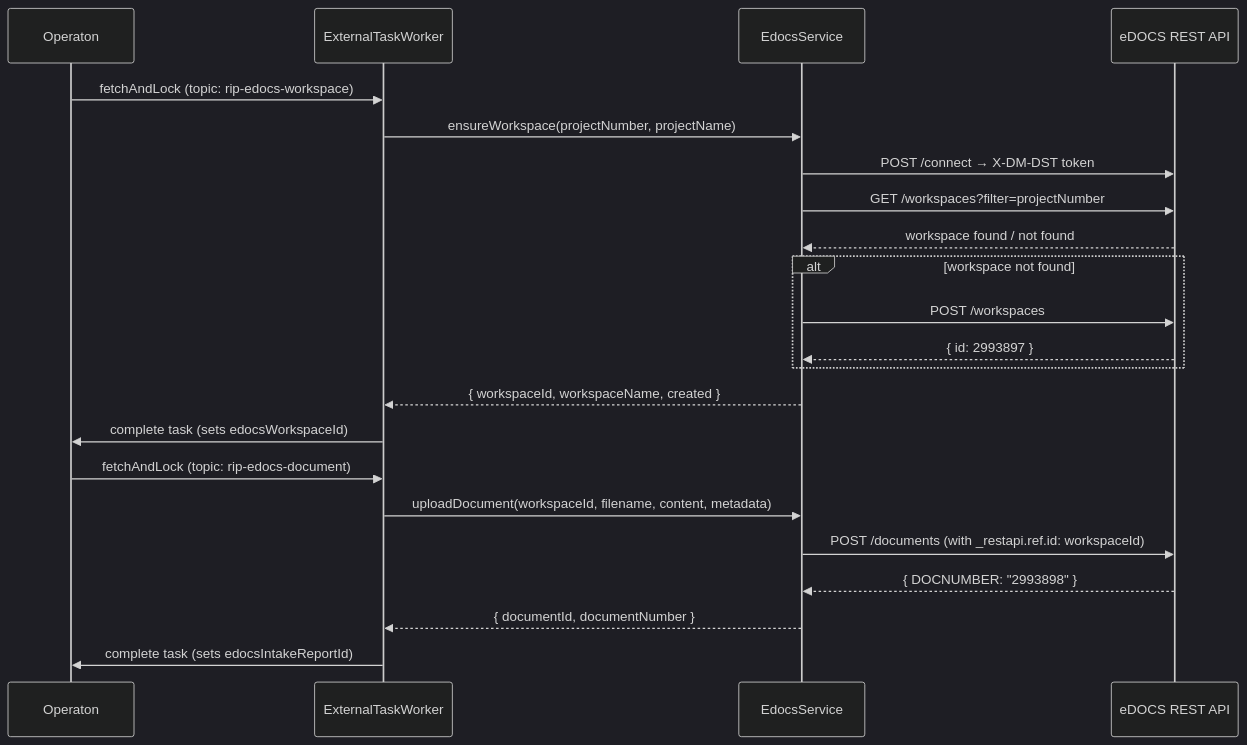
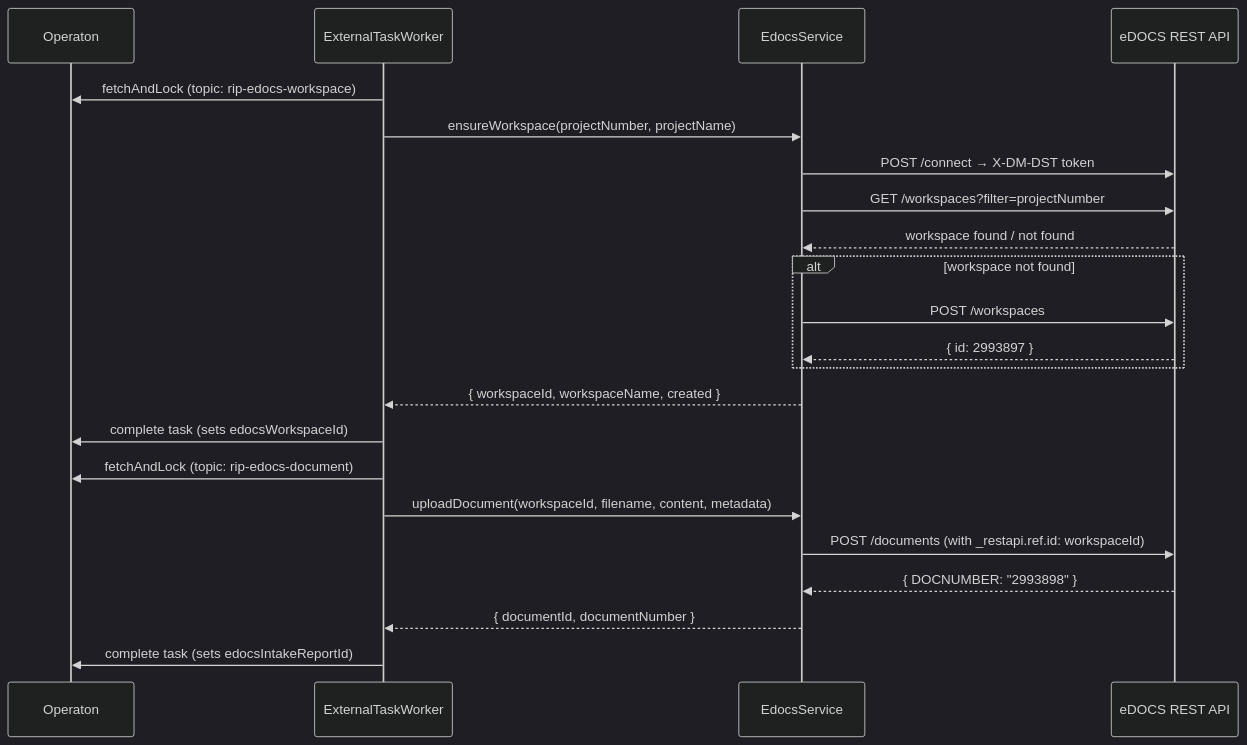
Before and after one commit to sgort/iou-architectuur: the diagram in docs/en/linked-data-explorer/developer/edocs-integration.md, drawn with Mermaid (dark theme). The commit also changed other lines of this file and 66 other files, not shown here.

````diff
--- a/docs/en/linked-data-explorer/developer/edocs-integration.md
+++ b/docs/en/linked-data-explorer/developer/edocs-integration.md
@@ -15,26 +15,26 @@
 ```mermaid
 sequenceDiagram
     participant O as Operaton
     participant W as ExternalTaskWorker
     participant E as EdocsService
     participant D as eDOCS REST API
 
-    O->>W: fetchAndLock (topic: rip-edocs-workspace)
+    W->>O: fetchAndLock (topic: rip-edocs-workspace)
     W->>E: ensureWorkspace(projectNumber, projectName)
     E->>D: POST /connect → X-DM-DST token
     E->>D: GET /workspaces?filter=projectNumber
     D-->>E: workspace found / not found
     alt workspace not found
         E->>D: POST /workspaces
         D-->>E: { id: 2993897 }
     end
     E-->>W: { workspaceId, workspaceName, created }
     W->>O: complete task (sets edocsWorkspaceId)
 
-    O->>W: fetchAndLock (topic: rip-edocs-document)
+    W->>O: fetchAndLock (topic: rip-edocs-document)
     W->>E: uploadDocument(workspaceId, filename, content, metadata)
     E->>D: POST /documents (with _restapi.ref.id: workspaceId)
     D-->>E: { DOCNUMBER: "2993898" }
     E-->>W: { documentId, documentNumber }
     W->>O: complete task (sets edocsIntakeReportId)
 ```
````
